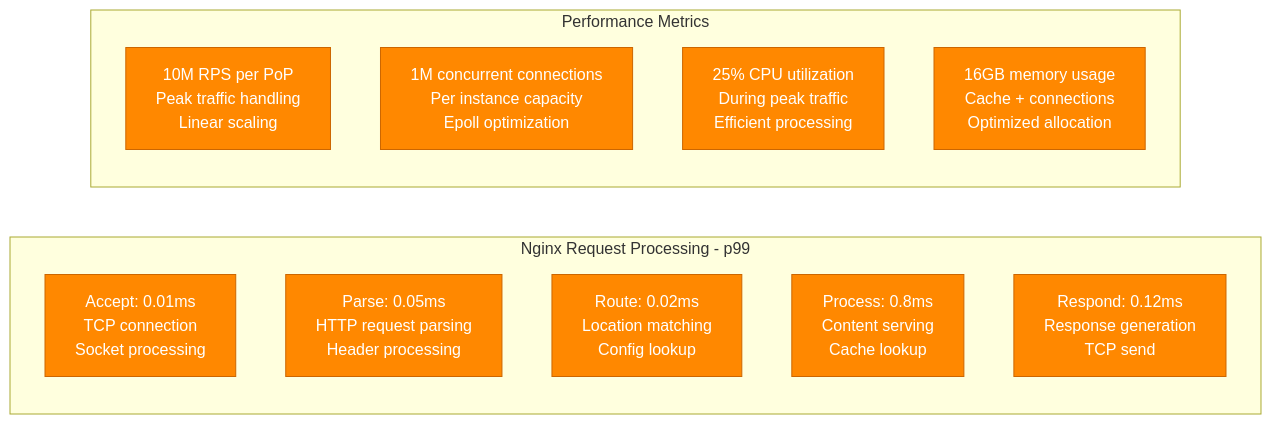
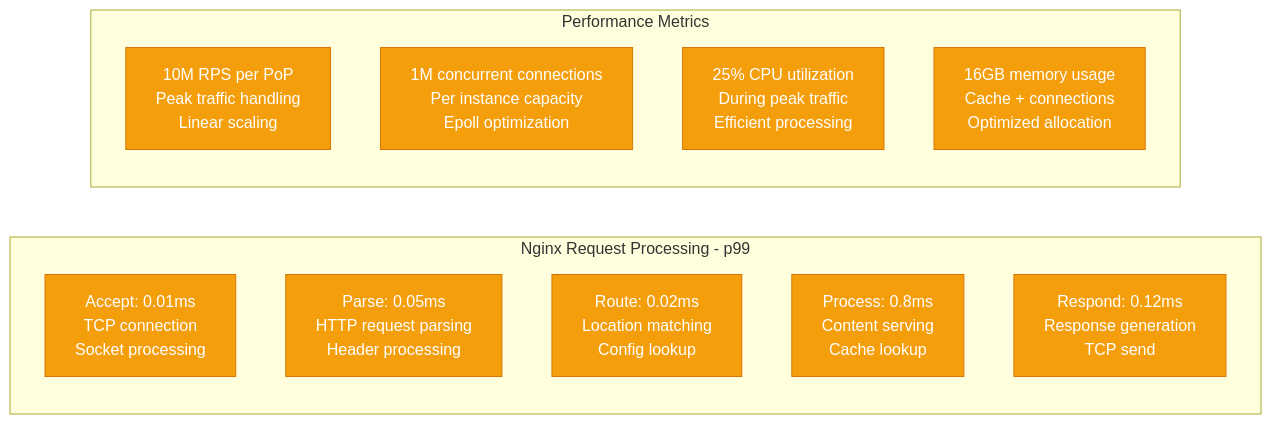
Before and after one commit to deepaucksharma/DS: the second of 3 diagrams in site/docs/performance/nginx-10m-rps-performance.md, drawn with Mermaid. The commit also changed other lines of this file and 187 other files, not shown here.

````diff
--- a/site/docs/performance/nginx-10m-rps-performance.md
+++ b/site/docs/performance/nginx-10m-rps-performance.md
@@ -62,20 +62,20 @@
 ```mermaid
 graph LR
     subgraph LatencyProfile[Nginx Request Processing - p99]
         ACCEPT[Accept: 0.01ms<br/>TCP connection<br/>Socket processing]
         PARSE[Parse: 0.05ms<br/>HTTP request parsing<br/>Header processing]
         ROUTE[Route: 0.02ms<br/>Location matching<br/>Config lookup]
         PROCESS[Process: 0.8ms<br/>Content serving<br/>Cache lookup]
         RESPOND[Respond: 0.12ms<br/>Response generation<br/>TCP send]
     end
 
     subgraph Throughput[Performance Metrics]
         RPS[10M RPS per PoP<br/>Peak traffic handling<br/>Linear scaling]
         CONN[1M concurrent connections<br/>Per instance capacity<br/>Epoll optimization]
         CPU[25% CPU utilization<br/>During peak traffic<br/>Efficient processing]
         MEM[16GB memory usage<br/>Cache + connections<br/>Optimized allocation]
     end
 
-    classDef metricStyle fill:#FF8800,stroke:#CC6600,color:#fff
+    classDef metricStyle fill:#F59E0B,stroke:#D97706,color:#fff
     class ACCEPT,PARSE,ROUTE,PROCESS,RESPOND,RPS,CONN,CPU,MEM metricStyle
 ```
````
